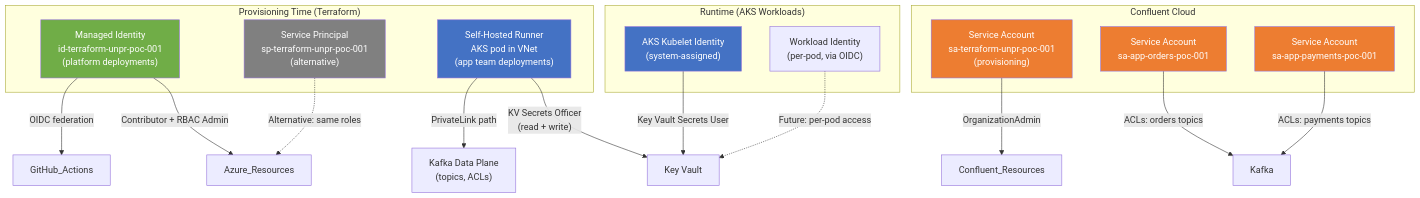
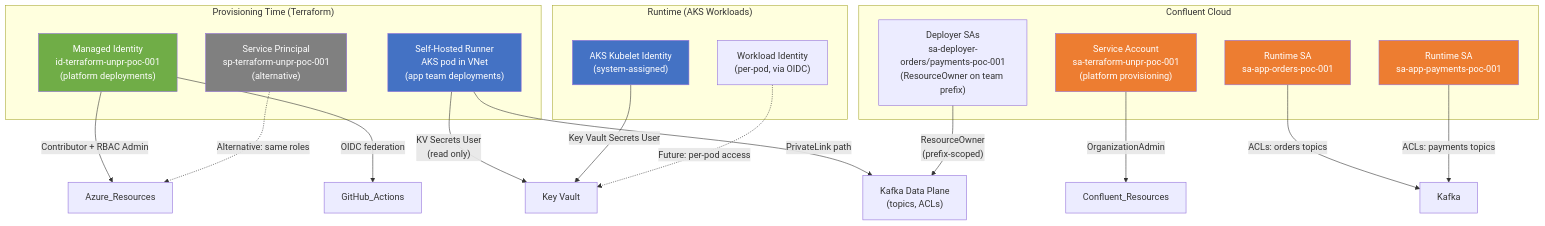
The first of 3 diagrams in docs/02-design/security-and-permissions.md (GouthamKumar4/terraform-confluent-cloud-aks-poc), drawn with Mermaid before and after one commit. The commit also changed other lines of this file and 41 other files, not shown here.

````diff
--- a/docs/02-design/security-and-permissions.md
+++ b/docs/02-design/security-and-permissions.md
@@ -19,38 +19,40 @@
 ```mermaid
 graph TD
     subgraph Provisioning["Provisioning Time (Terraform)"]
         MI["Managed Identity<br>id-terraform-unpr-poc-001<br>(platform deployments)"]
         SP["Service Principal<br>sp-terraform-unpr-poc-001<br>(alternative)"]
         SHR["Self-Hosted Runner<br>AKS pod in VNet<br>(app team deployments)"]
     end
     
     subgraph Runtime["Runtime (AKS Workloads)"]
         KI["AKS Kubelet Identity<br>(system-assigned)"]
         WI["Workload Identity<br>(per-pod, via OIDC)"]
     end
     
     subgraph Confluent_IDs["Confluent Cloud"]
-        CSA["Service Account<br>sa-terraform-unpr-poc-001<br>(provisioning)"]
-        OSA["Service Account<br>sa-app-orders-poc-001"]
-        PSA["Service Account<br>sa-app-payments-poc-001"]
+        CSA["Service Account<br>sa-terraform-unpr-poc-001<br>(platform provisioning)"]
+        DSA["Deployer SAs<br>sa-deployer-orders/payments-poc-001<br>(ResourceOwner on team prefix)"]
+        OSA["Runtime SA<br>sa-app-orders-poc-001"]
+        PSA["Runtime SA<br>sa-app-payments-poc-001"]
     end
     
     MI -->|Contributor + RBAC Admin| Azure_Resources
     MI -->|OIDC federation| GitHub_Actions
     SP -.->|Alternative: same roles| Azure_Resources
-    SHR -->|"KV Secrets Officer<br>(read + write)"| KV[Key Vault]
+    SHR -->|"KV Secrets User<br>(read only)"| KV[Key Vault]
     SHR -->|"PrivateLink path"| Kafka_DataPlane["Kafka Data Plane<br>(topics, ACLs)"]
+    DSA -->|"ResourceOwner<br>(prefix-scoped)"| Kafka_DataPlane
     CSA -->|OrganizationAdmin| Confluent_Resources
     OSA -->|"ACLs: orders topics"| Kafka
     PSA -->|"ACLs: payments topics"| Kafka
     KI -->|Key Vault Secrets User| KV
     WI -.->|Future: per-pod access| KV
     
     style MI fill:#70AD47,color:#fff
     style SP fill:#808080,color:#fff
     style SHR fill:#4472C4,color:#fff
     style KI fill:#4472C4,color:#fff
     style CSA fill:#ED7D31,color:#fff
     style OSA fill:#ED7D31,color:#fff
     style PSA fill:#ED7D31,color:#fff
 ```
````
